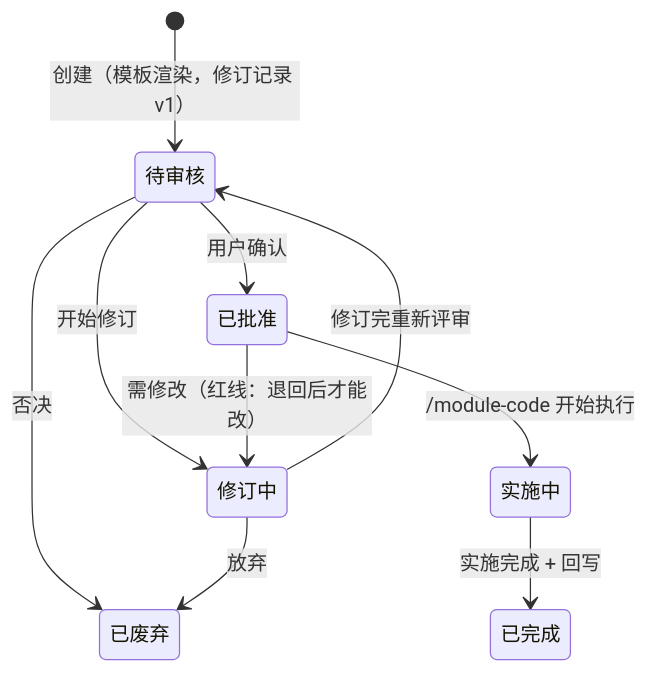
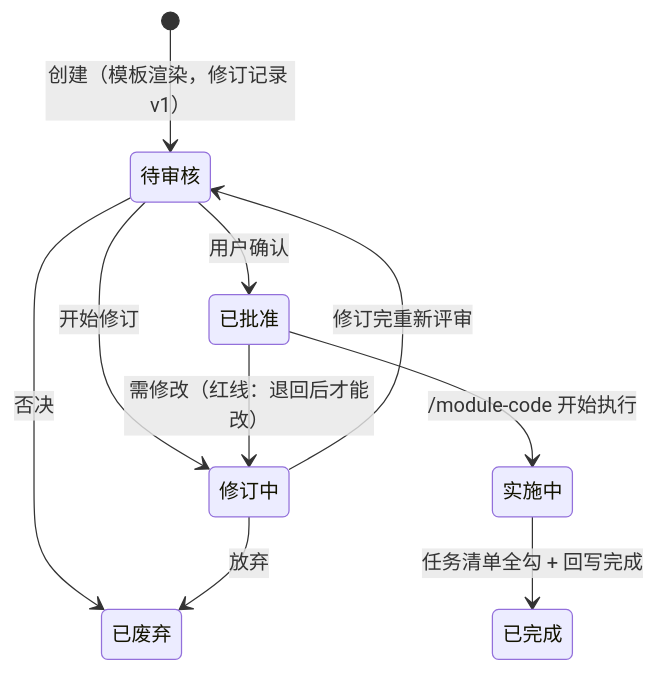
Before and after one commit to knight-peter/doc-framework: the first of 2 diagrams in README.md, drawn with Mermaid. The commit also changed other lines of this file and 11 other files, not shown here.

````diff
--- a/README.md
+++ b/README.md
@@ -80,12 +81,12 @@
 ```mermaid
 stateDiagram-v2
     [*] --> 待审核: 创建（模板渲染，修订记录 v1）
     待审核 --> 修订中: 开始修订
     修订中 --> 待审核: 修订完重新评审
     待审核 --> 已批准: 用户确认
     已批准 --> 修订中: 需修改（红线：退回后才能改）
     已批准 --> 实施中: /module-code 开始执行
-    实施中 --> 已完成: 实施完成 + 回写
+    实施中 --> 已完成: 任务清单全勾 + 回写完成
     待审核 --> 已废弃: 否决
     修订中 --> 已废弃: 放弃
 ```
````
